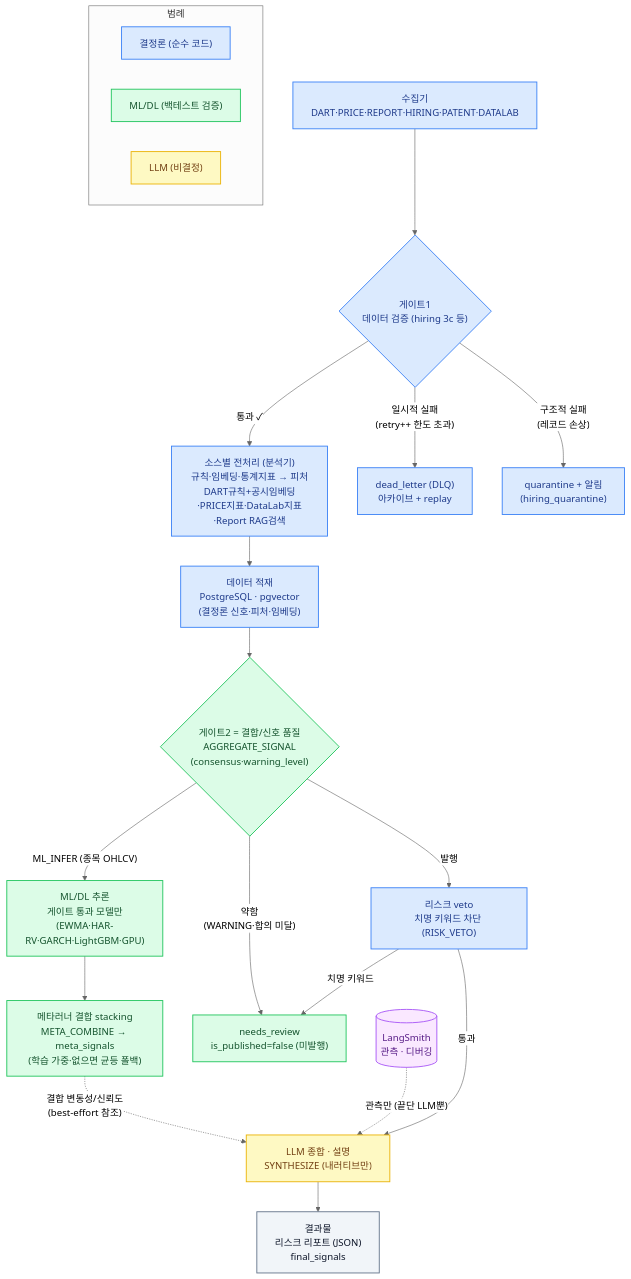
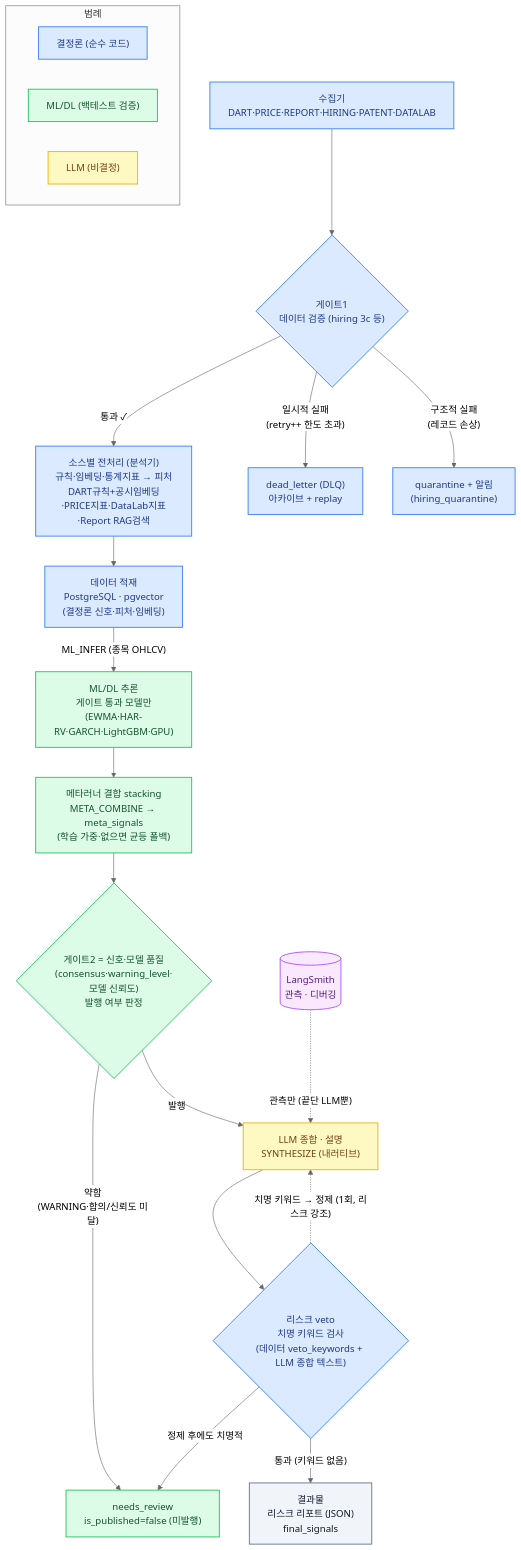
One commit to AIX14-3/signal-alpha changed the diagram in docs/design/architecture.mermaid. Above: the diagram before and after it, drawn with Mermaid (neutral theme). The commit also changed 2 other files, not shown here.

Commit message:
docs(design): 파이프라인 선형 재정렬 + veto 정제 루프로 설계도 확정
- 적재→ML/DL→메타러너→게이트2(신호·모델 품질)→LLM 종합→리스크 veto 순서로 정정
  (게이트2가 메타러너 결과의 모델 신뢰도까지 보고 발행 판정)
- veto를 LLM 종합 "아래"로 이동: 치명 키워드 시 미발행 버림이 아니라 LLM 정제(1회,
  리스크 강조) 후 발행. 정제 후에도 치명적이면 needs_review. 키워드 검사는 데이터
  veto_keywords + LLM 종합 텍스트 둘 다.
- architecture.mermaid/svg 재작성, worker-redesign.md에 목표 체인 + 재정렬 구현 계획
  + 구조적 함정(ML skip 시에도 체인 유지) 기록

코드 오케스트레이션 재정렬은 후속(worker-redesign.md "재정렬 구현 계획" 참조).

```diff
--- a/docs/design/architecture.mermaid
+++ b/docs/design/architecture.mermaid
@@ -1,36 +1,35 @@
 flowchart TD
     A["수집기<br/>DART·PRICE·REPORT·HIRING·PATENT·DATALAB"]:::det --> G1{"게이트1<br/>데이터 검증 (hiring 3c 등)"}:::det
 
     G1 -->|"통과 ✓"| B["소스별 전처리 (분석기)<br/>규칙·임베딩·통계지표 → 피처<br/>DART규칙+공시임베딩·PRICE지표·DataLab지표·Report RAG검색"]:::det
     G1 -->|"일시적 실패<br/>(retry++ 한도 초과)"| DLQ["dead_letter (DLQ)<br/>아카이브 + replay"]:::det
     G1 -->|"구조적 실패<br/>(레코드 손상)"| Q["quarantine + 알림<br/>(hiring_quarantine)"]:::det
 
     B --> C["데이터 적재<br/>PostgreSQL · pgvector<br/>(결정론 신호·피처·임베딩)"]:::det
 
-    C --> G2{"게이트2 = 결합/신호 품질<br/>AGGREGATE_SIGNAL<br/>(consensus·warning_level)"}:::ml
+    C -->|"ML_INFER (종목 OHLCV)"| D["ML/DL 추론<br/>게이트 통과 모델만<br/>(EWMA·HAR-RV·GARCH·LightGBM·GPU)"]:::ml
+    D --> E["메타러너 결합 stacking<br/>META_COMBINE → meta_signals<br/>(학습 가중·없으면 균등 폴백)"]:::ml
+    E --> G2{"게이트2 = 신호·모델 품질<br/>(consensus·warning_level·모델 신뢰도)<br/>발행 여부 판정"}:::ml
 
-    G2 -->|"ML_INFER (종목 OHLCV)"| D["ML/DL 추론<br/>게이트 통과 모델만<br/>(EWMA·HAR-RV·GARCH·LightGBM·GPU)"]:::ml
-    D --> E["메타러너 결합 stacking<br/>META_COMBINE → meta_signals<br/>(학습 가중·없으면 균등 폴백)"]:::ml
+    G2 -->|"약함<br/>(WARNING·합의/신뢰도 미달)"| NR["needs_review<br/>is_published=false (미발행)"]:::ml
+    G2 -->|"발행"| L["LLM 종합 · 설명<br/>SYNTHESIZE (내러티브)"]:::llm
 
-    G2 -->|"약함<br/>(WARNING·합의 미달)"| NR["needs_review<br/>is_published=false (미발행)"]:::ml
-    G2 -->|"발행"| V["리스크 veto<br/>치명 키워드 차단 (RISK_VETO)"]:::det
-
-    V -->|"치명 키워드"| NR
-    V -->|"통과"| L["LLM 종합 · 설명<br/>SYNTHESIZE (내러티브만)"]:::llm
-    E -. "결합 변동성/신뢰도<br/>(best-effort 참조)" .-> L
-    L --> O["결과물<br/>리스크 리포트 (JSON)<br/>final_signals"]:::out
+    L --> V{"리스크 veto<br/>치명 키워드 검사<br/>(데이터 veto_keywords + LLM 종합 텍스트)"}:::det
+    V -->|"통과 (키워드 없음)"| O["결과물<br/>리스크 리포트 (JSON)<br/>final_signals"]:::out
+    V -. "치명 키워드 → 정제 (1회, 리스크 강조)" .-> L
+    V -->|"정제 후에도 치명적"| NR
 
     LS[("LangSmith<br/>관측 · 디버깅")]:::obs -. "관측만 (끝단 LLM뿐)" .-> L
 
     subgraph 범례 [" 범례 "]
         direction LR
         K1["결정론 (순수 코드)"]:::det
         K2["ML/DL (백테스트 검증)"]:::ml
         K3["LLM (비결정)"]:::llm
     end
 
     classDef det fill:#dbeafe,stroke:#3b82f6,stroke-width:1.5px,color:#1e3a8a
     classDef ml  fill:#dcfce7,stroke:#22c55e,stroke-width:1.5px,color:#14532d
     classDef llm fill:#fef9c3,stroke:#eab308,stroke-width:1.5px,color:#713f12
     classDef out fill:#f1f5f9,stroke:#64748b,stroke-width:1.5px,color:#0f172a
     classDef obs fill:#fae8ff,stroke:#a855f7,stroke-width:1.5px,color:#581c87
```
